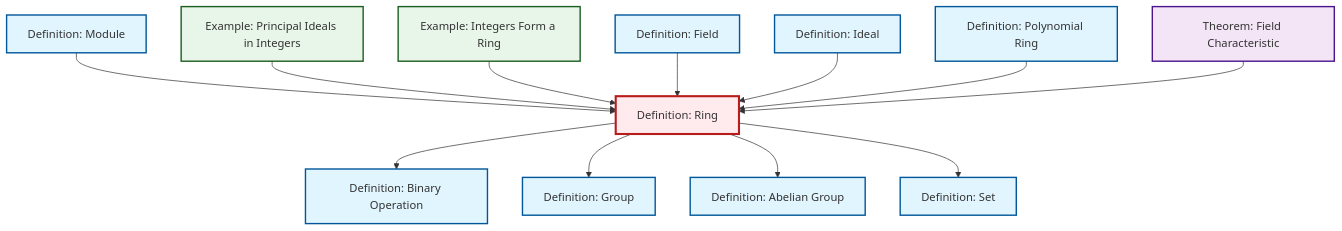
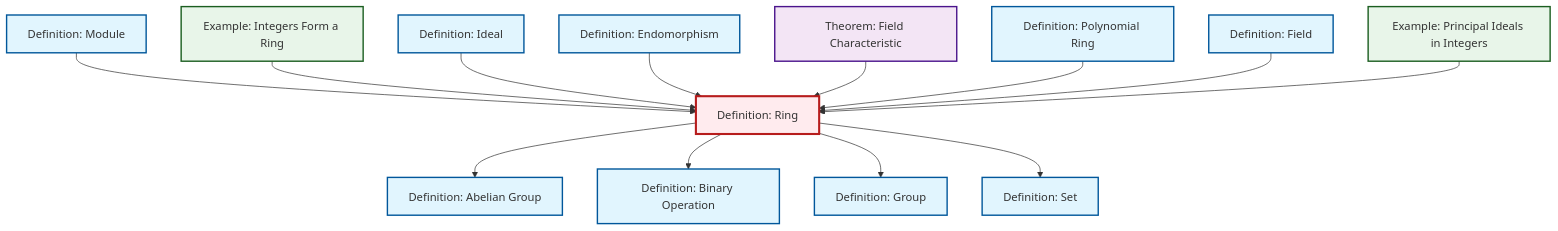
The diagram in content/ja/algebra/def-ring.qmd (RK0429/ModernMath), drawn with Mermaid before and after one commit. The commit also changed other lines of this file and 581 other files, not shown here.

````diff
--- a/content/ja/algebra/def-ring.qmd
+++ b/content/ja/algebra/def-ring.qmd
@@ -62,44 +62,47 @@
 ```{mermaid}
 %%| fig-cap: "Local dependency graph"
 graph TD
     classDef definition fill:#e1f5fe,stroke:#01579b,stroke-width:2px
     classDef theorem fill:#f3e5f5,stroke:#4a148c,stroke-width:2px
     classDef axiom fill:#fff3e0,stroke:#e65100,stroke-width:2px
     classDef example fill:#e8f5e9,stroke:#1b5e20,stroke-width:2px
     classDef current fill:#ffebee,stroke:#b71c1c,stroke-width:3px
+    def-module["Definition: Module"]:::definition
+    def-binary-operation["Definition: Binary Operation"]:::definition
     def-ring["Definition: Ring"]:::definition
-    ex-principal-ideal["Example: Principal Ideals in Integers"]:::example
-    def-field["Definition: Field"]:::definition
     thm-field-characteristic["Theorem: Field Characteristic"]:::theorem
+    def-polynomial-ring["Definition: Polynomial Ring"]:::definition
     def-ideal["Definition: Ideal"]:::definition
     def-abelian-group["Definition: Abelian Group"]:::definition
-    def-module["Definition: Module"]:::definition
-    def-polynomial-ring["Definition: Polynomial Ring"]:::definition
+    def-endomorphism["Definition: Endomorphism"]:::definition
+    ex-principal-ideal["Example: Principal Ideals in Integers"]:::example
     def-group["Definition: Group"]:::definition
+    def-set["Definition: Set"]:::definition
     ex-integers-ring["Example: Integers Form a Ring"]:::example
-    def-set["Definition: Set"]:::definition
-    def-binary-operation["Definition: Binary Operation"]:::definition
+    def-field["Definition: Field"]:::definition
+    def-ring --> def-abelian-group
     def-module --> def-ring
+    ex-integers-ring --> def-ring
+    def-ideal --> def-ring
+    def-endomorphism --> def-ring
+    thm-field-characteristic --> def-ring
+    def-polynomial-ring --> def-ring
     def-ring --> def-binary-operation
+    def-field --> def-ring
+    def-ring --> def-group
     ex-principal-ideal --> def-ring
-    ex-integers-ring --> def-ring
-    def-ring --> def-group
-    def-ring --> def-abelian-group
-    def-field --> def-ring
-    def-ideal --> def-ring
-    def-polynomial-ring --> def-ring
     def-ring --> def-set
-    thm-field-characteristic --> def-ring
     class def-ring current
-    click ex-principal-ideal "ex-principal-ideal.html" "Example: Principal Ideals in Integersへ"
-    click def-field "def-field.html" "Definition: Fieldへ"
+    click def-module "def-module.html" "Definition: Moduleへ"
+    click def-binary-operation "def-binary-operation.html" "Definition: Binary Operationへ"
     click thm-field-characteristic "thm-field-characteristic.html" "Theorem: Field Characteristicへ"
+    click def-polynomial-ring "def-polynomial-ring.html" "Definition: Polynomial Ringへ"
     click def-ideal "def-ideal.html" "Definition: Idealへ"
     click def-abelian-group "def-abelian-group.html" "Definition: Abelian Groupへ"
-    click def-module "def-module.html" "Definition: Moduleへ"
-    click def-polynomial-ring "def-polynomial-ring.html" "Definition: Polynomial Ringへ"
+    click def-endomorphism "def-endomorphism.html" "Definition: Endomorphismへ"
+    click ex-principal-ideal "ex-principal-ideal.html" "Example: Principal Ideals in Integersへ"
     click def-group "def-group.html" "Definition: Groupへ"
+    click def-set "def-set.html" "Definition: Setへ"
     click ex-integers-ring "ex-integers-ring.html" "Example: Integers Form a Ringへ"
-    click def-set "def-set.html" "Definition: Setへ"
-    click def-binary-operation "def-binary-operation.html" "Definition: Binary Operationへ"
+    click def-field "def-field.html" "Definition: Fieldへ"
 ```
````
